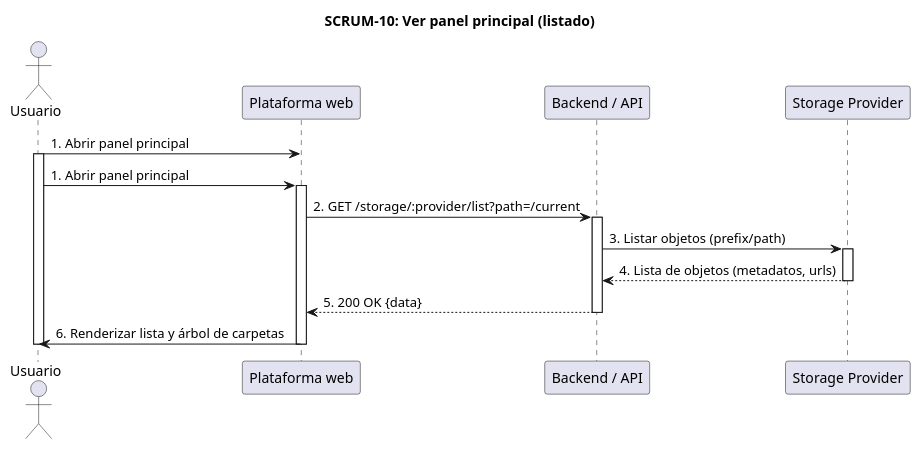
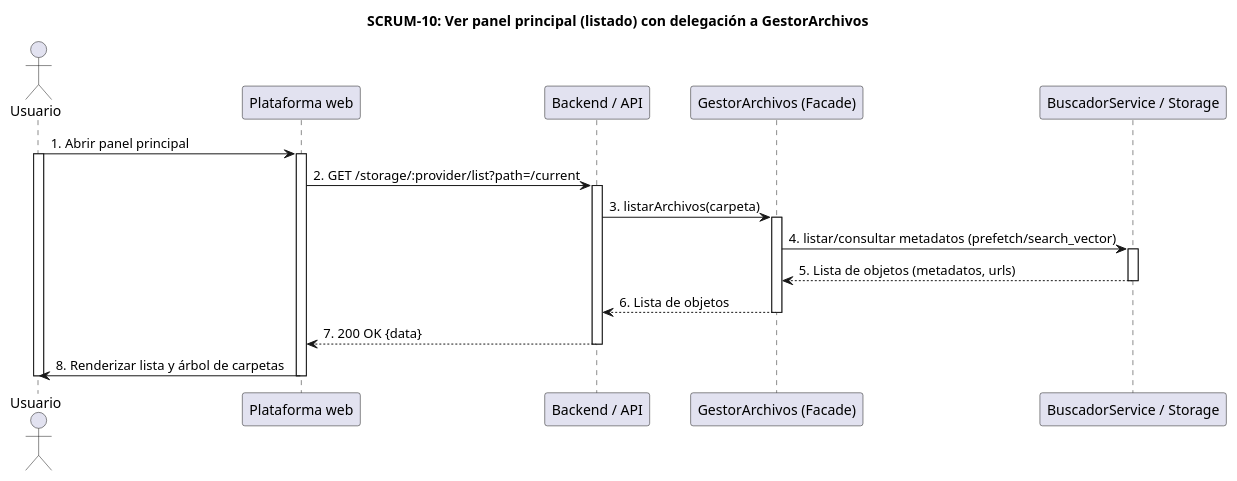
Before and after one commit to IraPues890/SW2_SISTEMA_DE_ALMACENAMIENTO: the diagram in diagrams/sequence/SCRUM-10_panel_listado.puml, drawn with PlantUML. The commit also changed 8 other files, not shown here.

First line of the commit message:
diagramas de secuencia y cambio en bd y clases.

```diff
--- a/diagrams/sequence/SCRUM-10_panel_listado.puml
+++ b/diagrams/sequence/SCRUM-10_panel_listado.puml
@@ -1,24 +1,28 @@
 @startuml SCRUM-10_PanelListado
-title SCRUM-10: Ver panel principal (listado)
+title SCRUM-10: Ver panel principal (listado) con delegación a GestorArchivos
 
 actor Usuario
 participant "Plataforma web" as Frontend
 participant "Backend / API" as Backend
-participant "Storage Provider" as Storage
+participant "GestorArchivos (Facade)" as Gestor
+participant "BuscadorService / Storage" as Buscador
 
 Usuario -> Frontend: 1. Abrir panel principal
 activate Usuario
-Usuario -> Frontend: 1. Abrir panel principal
 activate Frontend
 Frontend -> Backend: 2. GET /storage/:provider/list?path=/current
 activate Backend
-Backend -> Storage: 3. Listar objetos (prefix/path)
-activate Storage
-Storage --> Backend: 4. Lista de objetos (metadatos, urls)
-deactivate Storage
-Backend --> Frontend: 5. 200 OK {data}
+Backend -> Gestor: 3. listarArchivos(carpeta)
+activate Gestor
+Gestor -> Buscador: 4. listar/consultar metadatos (prefetch/search_vector)
+activate Buscador
+Buscador --> Gestor: 5. Lista de objetos (metadatos, urls)
+deactivate Buscador
+Gestor --> Backend: 6. Lista de objetos
+deactivate Gestor
+Backend --> Frontend: 7. 200 OK {data}
 deactivate Backend
-Frontend -> Usuario: 6. Renderizar lista y árbol de carpetas
+Frontend -> Usuario: 8. Renderizar lista y árbol de carpetas
 deactivate Frontend
 deactivate Usuario
 @enduml
```
